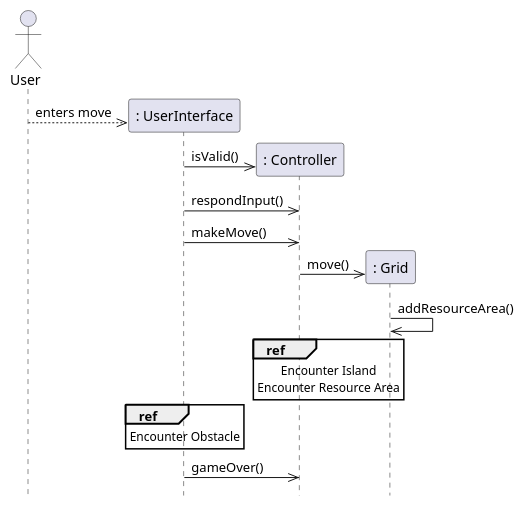
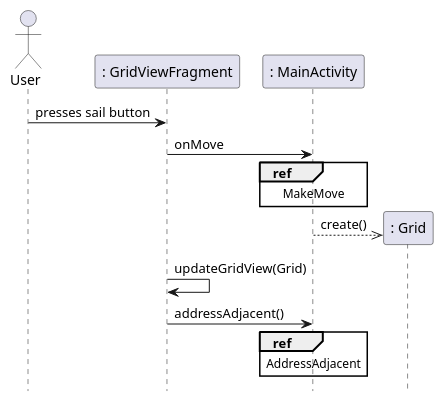
One commit to emutchek/MaraudersAtSea changed the fifth of 12 diagrams in CMPU_203_MAS/intellij/doc/design.md. Above: the diagram before and after it, drawn with PlantUML. The commit also changed other lines of this file, not shown here.

Commit message:
updated sequence diagrams

````diff
--- a/CMPU_203_MAS/intellij/doc/design.md
+++ b/CMPU_203_MAS/intellij/doc/design.md
@@ -132,23 +197,22 @@
 ```PlantUML
 @startuml
 hide footbox
 actor User as user
-participant ": UserInterface" as UI
-participant ": Controller" as controller
+participant ": GridViewFragment" as gvf
+participant ": MainActivity" as ma
 participant ": Grid" as grid
-user -->> UI **: enters move
-UI ->> controller **: isValid()
-UI ->> controller : respondInput()
-UI ->> controller : makeMove()
-controller ->> grid **: move()
-grid ->> grid : addResourceArea()
-ref over controller
-Encounter Island
-Encounter Resource Area
-endref
-ref over UI 
-Encounter Obstacle
-endref
-UI ->> controller : gameOver()
+
+user -> gvf : presses sail button
+gvf -> ma : onMove
+ref over ma
+MakeMove
+end ref
+grid <<-- ma **: create()
+gvf -> gvf : updateGridView(Grid)
+gvf -> ma : addressAdjacent()
+ref over ma
+AddressAdjacent
+end ref
+
 @enduml
 ```
````
